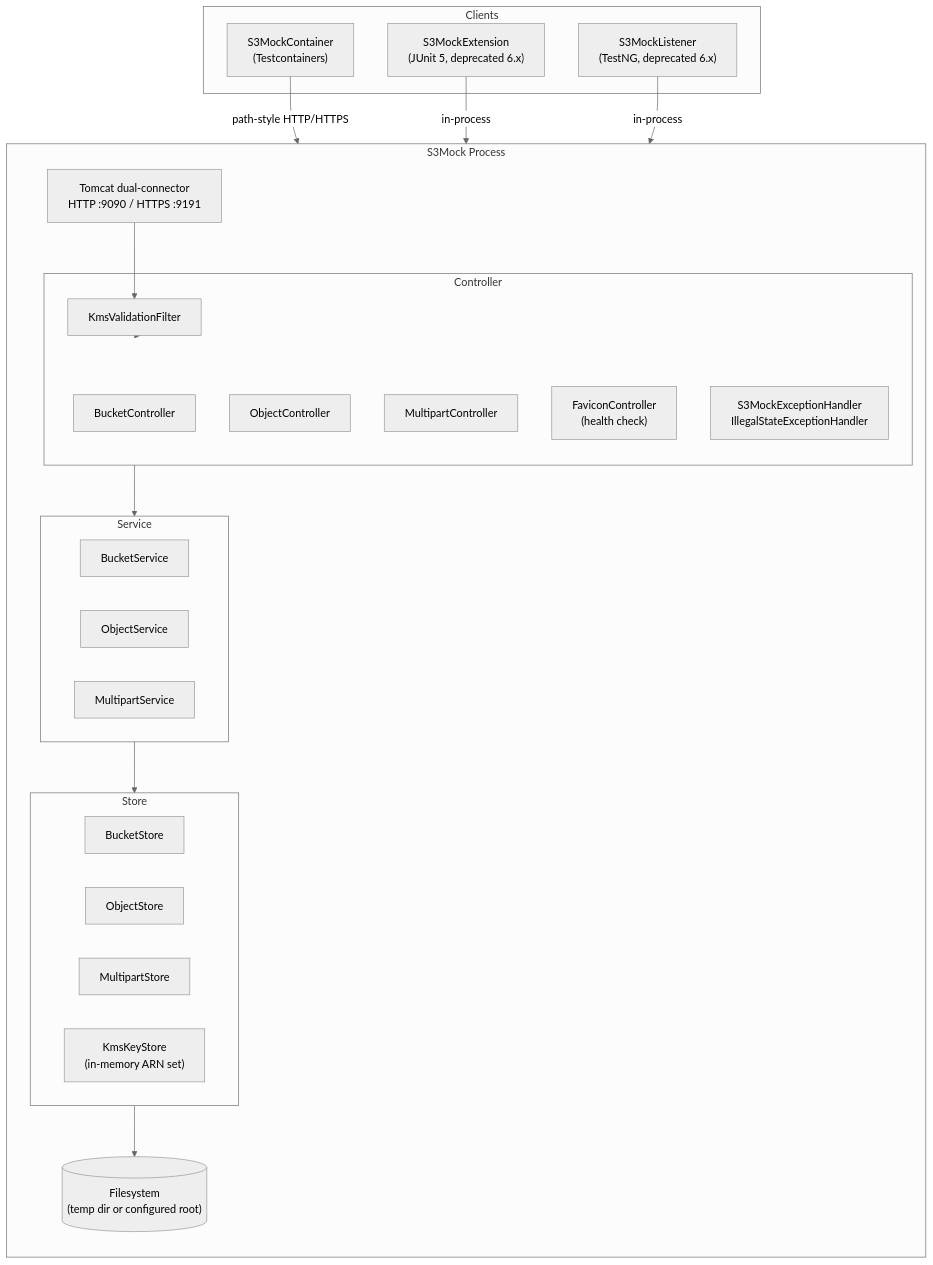
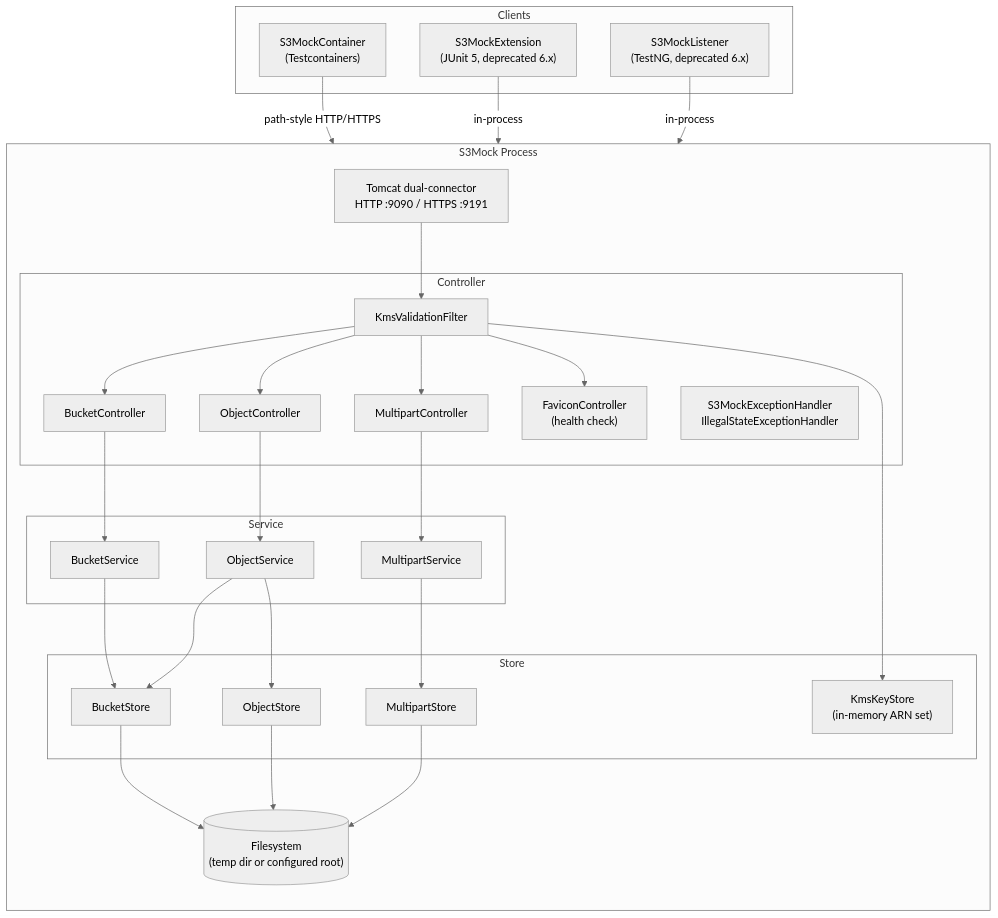
One commit to adobe/S3Mock changed the diagram in docs/ARCHITECTURE.md. Above: the diagram before and after it, drawn with Mermaid (neutral theme).

Commit message:
fix: correct data flows in mermaid diagram

````diff
--- a/docs/ARCHITECTURE.md
+++ b/docs/ARCHITECTURE.md
@@ -7,45 +7,52 @@
 ```mermaid
 graph TD
     subgraph Clients
         TC["S3MockContainer\n(Testcontainers)"]
         JU5["S3MockExtension\n(JUnit 5, deprecated 6.x)"]
         TNG["S3MockListener\n(TestNG, deprecated 6.x)"]
     end
 
     subgraph S3Mock Process
         direction TB
         CONN["Tomcat dual-connector\nHTTP :9090 / HTTPS :9191"]
 
         subgraph Controller
             KF["KmsValidationFilter"]
             BC["BucketController"]
             OC["ObjectController"]
             MC["MultipartController"]
             FC["FaviconController\n(health check)"]
             EH["S3MockExceptionHandler\nIllegalStateExceptionHandler"]
         end
 
         subgraph Service
             BS["BucketService"]
             OS["ObjectService"]
             MS["MultipartService"]
         end
 
         subgraph Store
             BKS["BucketStore"]
             OBS["ObjectStore"]
             MPS["MultipartStore"]
             KMS["KmsKeyStore\n(in-memory ARN set)"]
         end
 
         FS[("Filesystem\n(temp dir or configured root)")]
     end
 
     TC -->|path-style HTTP/HTTPS| CONN
     JU5 -->|in-process| CONN
     TNG -->|in-process| CONN
-    CONN --> KF --> Controller
-    Controller --> Service
-    Service --> Store
-    Store --> FS
+    CONN --> KF
+    KF --> BC & OC & MC & FC
+    KF --> KMS
+    BC --> BS
+    OC --> OS
+    MC --> MS
+    OS --> BKS
+    BS --> BKS
+    OS --> OBS
+    MS --> MPS
+    BKS & OBS & MPS --> FS
 ```
````
